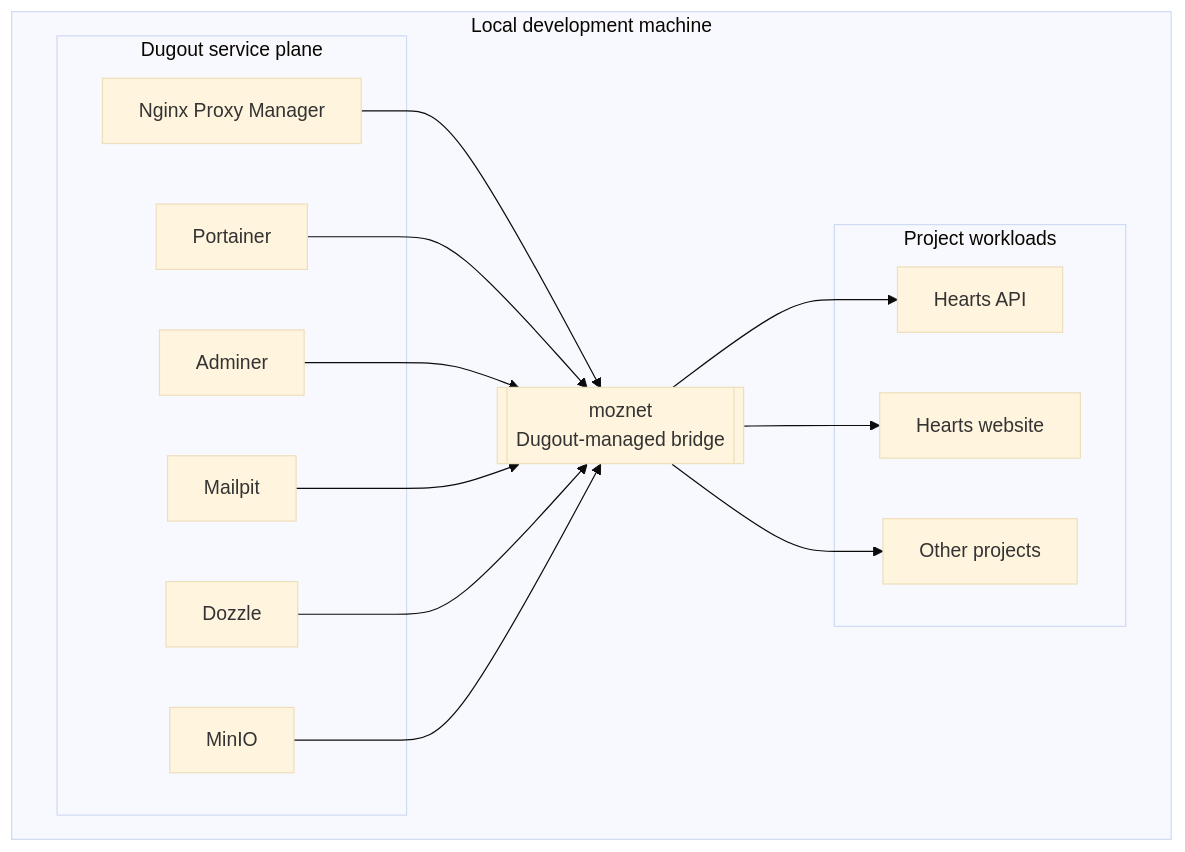
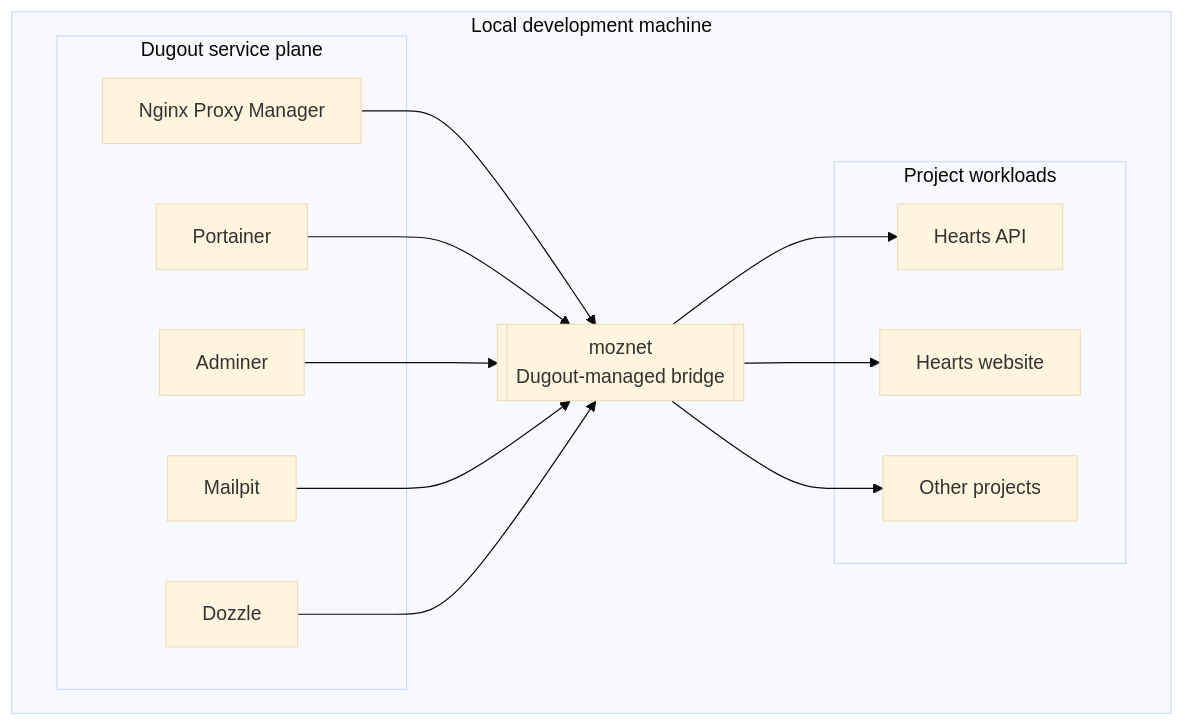
One commit to moztopia/dugout changed the first of 3 diagrams in docs/01-platform-architecture.md. Above: the diagram before and after it, drawn with Mermaid (base theme). The commit also changed other lines of this file and 35 other files, not shown here.

````diff
--- a/docs/01-platform-architecture.md
+++ b/docs/01-platform-architecture.md
@@ -32,31 +31,29 @@
 ```mermaid
 flowchart TB
     subgraph machine["Local development machine"]
         subgraph dugout["Dugout service plane"]
             proxy["Nginx Proxy Manager"]
             portainer["Portainer"]
             adminer["Adminer"]
             mailpit["Mailpit"]
             dozzle["Dozzle"]
-            minio["MinIO"]
         end
 
         moznet[["moznet<br/>Dugout-managed bridge"]]
 
         subgraph projects["Project workloads"]
             heartsApi["Hearts API"]
             heartsWebsite["Hearts website"]
             others["Other projects"]
         end
 
         proxy --> moznet
         portainer --> moznet
         adminer --> moznet
         mailpit --> moznet
         dozzle --> moznet
-        minio --> moznet
         moznet --> heartsApi
         moznet --> heartsWebsite
         moznet --> others
     end
 ```
````
